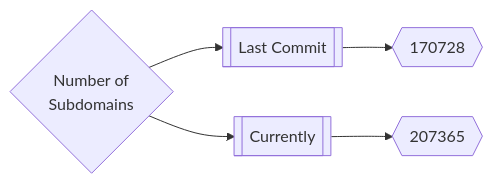
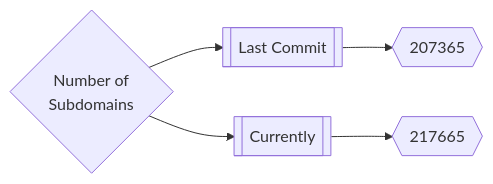
Before and after one commit to trickest/inventory: the first of 3 diagrams in README.md, drawn with Mermaid. The commit also changed other lines of this file, not shown here.

Commit message:
Update Wed Mar  9 22:31:37 UTC 2022

````diff
--- a/README.md
+++ b/README.md
@@ -165,5 +165,5 @@
 ```mermaid
 graph LR
-title{Number of<br>Subdomains} --> subdomainsDate1[[Last Commit]] --> subdomainsNum1{{170728}}
-title --> subdomainsDate2[[Currently]] --> subdomainsNum2{{207365}}
+title{Number of<br>Subdomains} --> subdomainsDate1[[Last Commit]] --> subdomainsNum1{{207365}}
+title --> subdomainsDate2[[Currently]] --> subdomainsNum2{{217665}}
 ```
````
